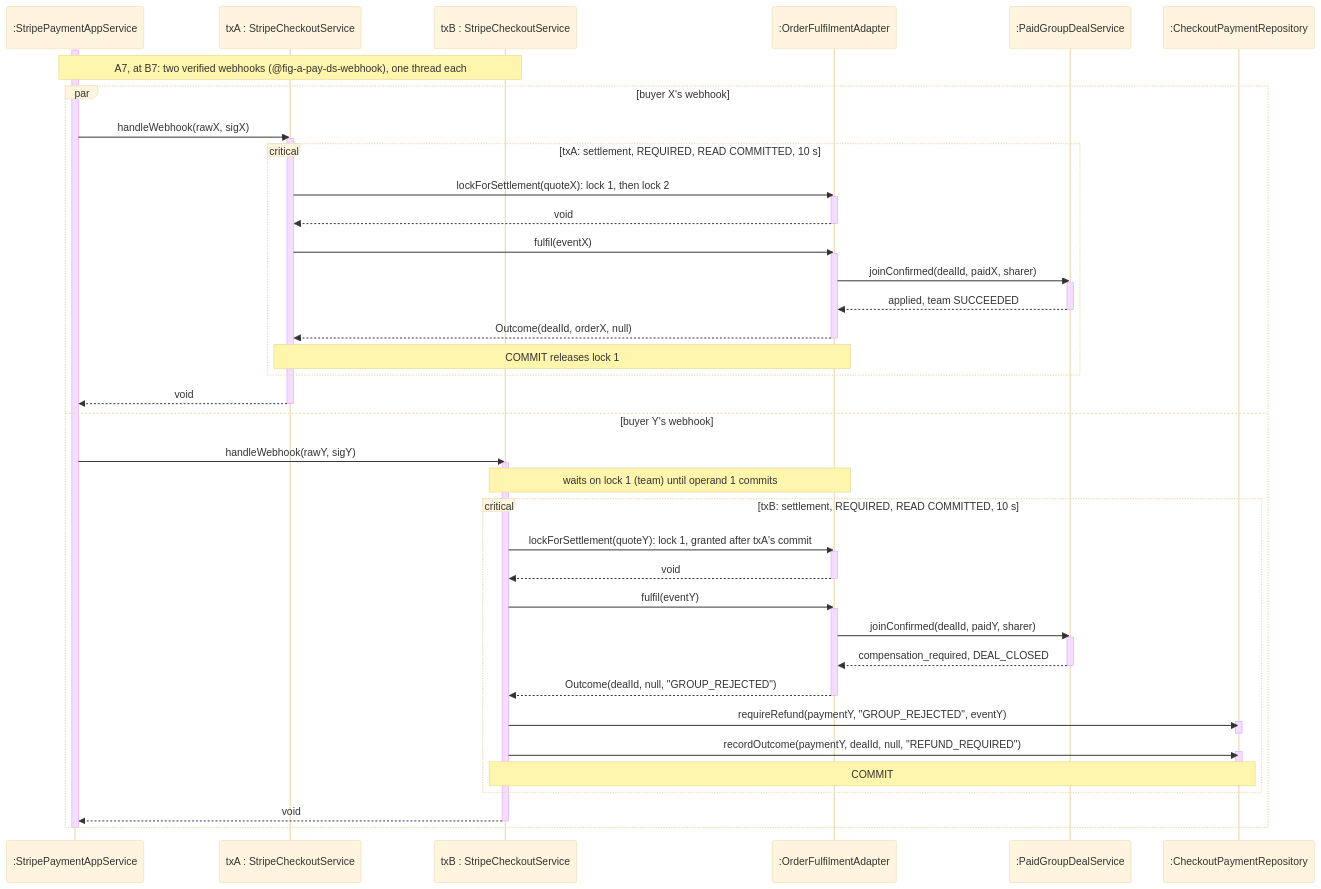
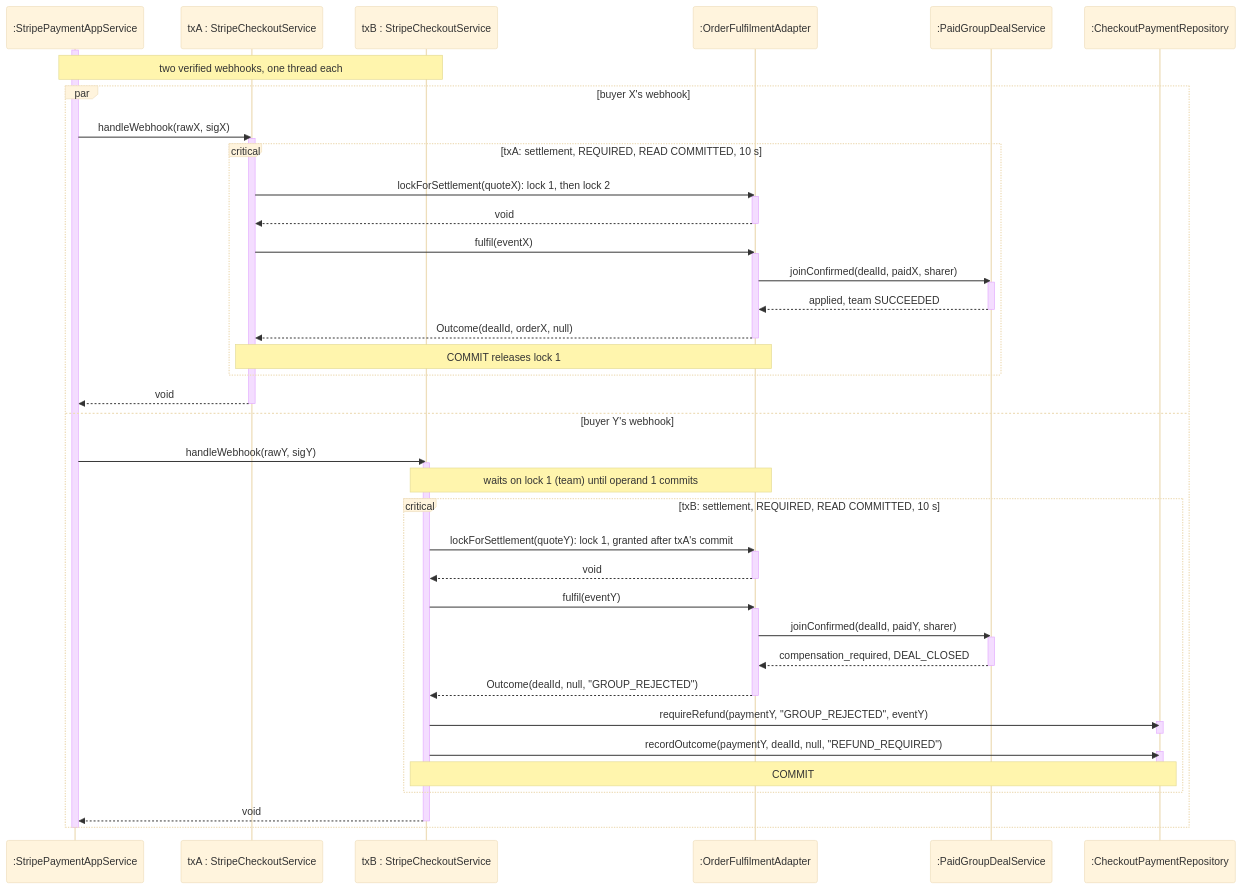
One commit to PPsyrius/iss-groupbuy-team8 changed the diagram in docs/swe5001/report/diagrams/uml/src/a-uc04-ds-race.mmd. Above: the diagram before and after it, drawn with Mermaid (base theme). The commit also changed 27 other files, not shown here.

```diff
--- a/docs/swe5001/report/diagrams/uml/src/a-uc04-ds-race.mmd
+++ b/docs/swe5001/report/diagrams/uml/src/a-uc04-ds-race.mmd
@@ -1,60 +1,60 @@
-%% frame: UC4 A7: two payments race for the last seat (design)
+%% frame: UC4: two payments race for the last seat (design)
 sequenceDiagram
     participant App as :StripePaymentAppService
     participant A as txA : StripeCheckoutService
     participant B as txB : StripeCheckoutService
     participant OFA as :OrderFulfilmentAdapter
     participant Groups as :PaidGroupDealService
     participant Repo as :CheckoutPaymentRepository
 
     activate App
-    Note over App,B: A7, at B7: two verified webhooks (@fig-a-pay-ds-webhook), one thread each
+    Note over App,B: two verified webhooks, one thread each
     par buyer X's webhook
         App->>A: handleWebhook(rawX, sigX)
         activate A
         critical txA: settlement, REQUIRED, READ COMMITTED, 10 s
             A->>OFA: lockForSettlement(quoteX): lock 1, then lock 2
             activate OFA
             OFA-->>A: void
             deactivate OFA
             A->>OFA: fulfil(eventX)
             activate OFA
             OFA->>Groups: joinConfirmed(dealId, paidX, sharer)
             activate Groups
             Groups-->>OFA: applied, team SUCCEEDED
             deactivate Groups
             OFA-->>A: Outcome(dealId, orderX, null)
             deactivate OFA
             Note over A,OFA: COMMIT releases lock 1
         end
         A-->>App: void
         deactivate A
     and buyer Y's webhook
         App->>B: handleWebhook(rawY, sigY)
         activate B
         Note over B,OFA: waits on lock 1 (team) until operand 1 commits
         critical txB: settlement, REQUIRED, READ COMMITTED, 10 s
             B->>OFA: lockForSettlement(quoteY): lock 1, granted after txA's commit
             activate OFA
             OFA-->>B: void
             deactivate OFA
             B->>OFA: fulfil(eventY)
             activate OFA
             OFA->>Groups: joinConfirmed(dealId, paidY, sharer)
             activate Groups
             Groups-->>OFA: compensation_required, DEAL_CLOSED
             deactivate Groups
             OFA-->>B: Outcome(dealId, null, "GROUP_REJECTED")
             deactivate OFA
             B->>Repo: requireRefund(paymentY, "GROUP_REJECTED", eventY)
             activate Repo
             deactivate Repo
             B->>Repo: recordOutcome(paymentY, dealId, null, "REFUND_REQUIRED")
             activate Repo
             deactivate Repo
             Note over B,Repo: COMMIT
         end
         B-->>App: void
         deactivate B
     end
     deactivate App
```
